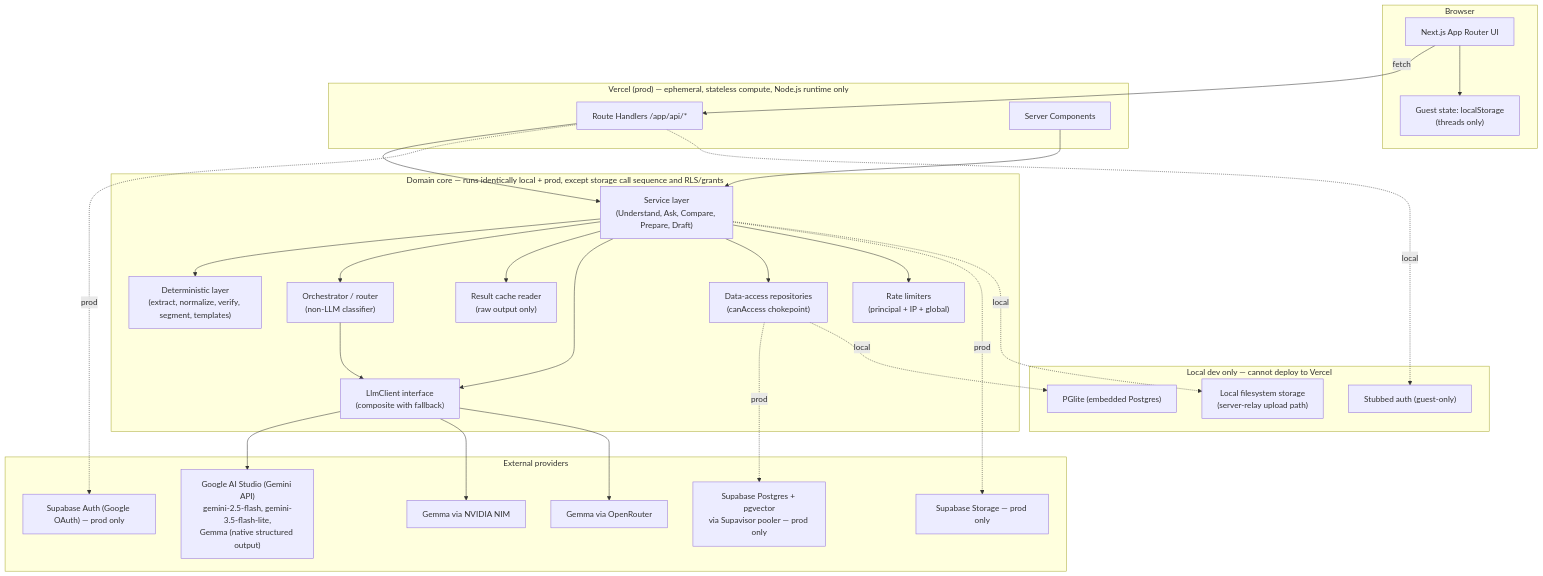
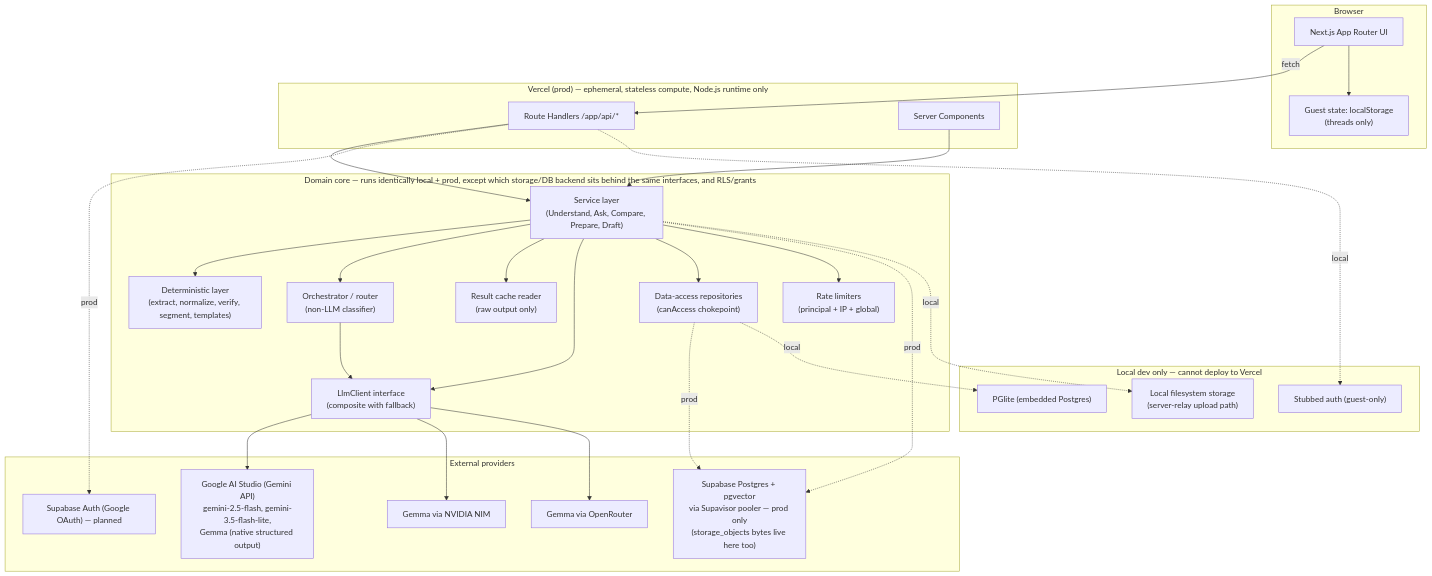
The first of 6 diagrams in docs/ARCHITECTURE.md (SawhneySatvik/sanad), drawn with Mermaid before and after one commit. The commit also changed other lines of this file and 8 other files, not shown here.

````diff
--- a/docs/ARCHITECTURE.md
+++ b/docs/ARCHITECTURE.md
@@ -51,58 +51,57 @@
 ```mermaid
 flowchart TB
     subgraph Client["Browser"]
         UI["Next.js App Router UI"]
         LocalState["Guest state: localStorage\n(threads only)"]
     end
 
     subgraph Vercel["Vercel (prod) — ephemeral, stateless compute, Node.js runtime only"]
         RouteHandlers["Route Handlers /app/api/*"]
         ServerComponents["Server Components"]
     end
 
-    subgraph DomainCore["Domain core — runs identically local + prod, except storage call sequence and RLS/grants"]
+    subgraph DomainCore["Domain core — runs identically local + prod, except which storage/DB backend sits behind the same interfaces, and RLS/grants"]
         Services["Service layer\n(Understand, Ask, Compare, Prepare, Draft)"]
         Deterministic["Deterministic layer\n(extract, normalize, verify, segment, templates)"]
         Orchestrator["Orchestrator / router\n(non-LLM classifier)"]
         Repos["Data-access repositories\n(canAccess chokepoint)"]
         LlmClient["LlmClient interface\n(composite with fallback)"]
         RateLimiters["Rate limiters\n(principal + IP + global)"]
         Cache["Result cache reader\n(raw output only)"]
     end
 
     subgraph Providers["External providers"]
         GeminiAPI["Google AI Studio (Gemini API)\ngemini-2.5-flash, gemini-3.5-flash-lite,\nGemma (native structured output)"]
         NIM["Gemma via NVIDIA NIM"]
         OpenRouter["Gemma via OpenRouter"]
-        SupaAuth["Supabase Auth (Google OAuth) — prod only"]
-        SupaStorage["Supabase Storage — prod only"]
-        SupaDB["Supabase Postgres + pgvector\nvia Supavisor pooler — prod only"]
+        SupaAuth["Supabase Auth (Google OAuth) — planned"]
+        SupaDB["Supabase Postgres + pgvector\nvia Supavisor pooler — prod only\n(storage_objects bytes live here too)"]
     end
 
     subgraph LocalDev["Local dev only — cannot deploy to Vercel"]
         PGlite["PGlite (embedded Postgres)"]
         LocalFS["Local filesystem storage\n(server-relay upload path)"]
         StubAuth["Stubbed auth (guest-only)"]
     end
 
     UI -->|fetch| RouteHandlers
     UI --> LocalState
     RouteHandlers --> Services
     ServerComponents --> Services
     Services --> Deterministic
     Services --> Orchestrator
     Services --> Cache
     Orchestrator --> LlmClient
     Services --> LlmClient
     LlmClient --> GeminiAPI
     LlmClient --> NIM
     LlmClient --> OpenRouter
     Services --> Repos
     Services --> RateLimiters
     Repos -.prod.-> SupaDB
     Repos -.local.-> PGlite
     RouteHandlers -.prod.-> SupaAuth
     RouteHandlers -.local.-> StubAuth
-    Services -.prod.-> SupaStorage
+    Services -.prod.-> SupaDB
     Services -.local.-> LocalFS
 ```
````
